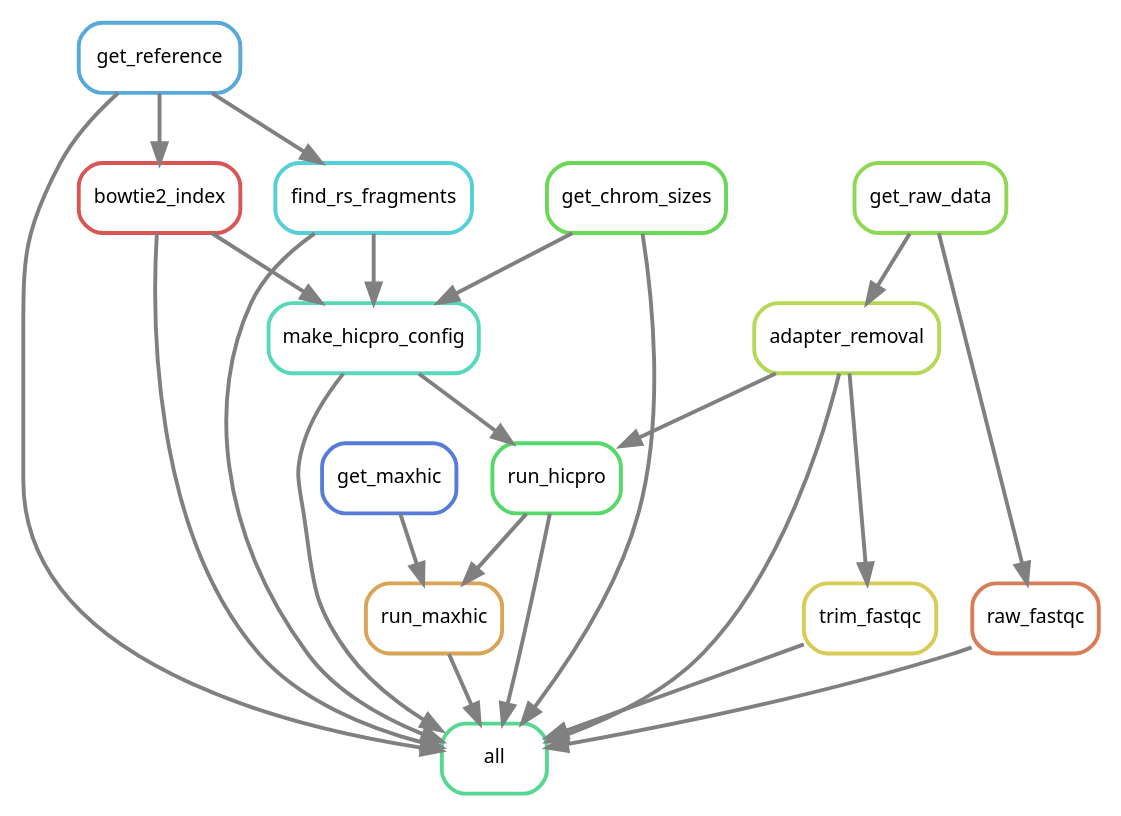
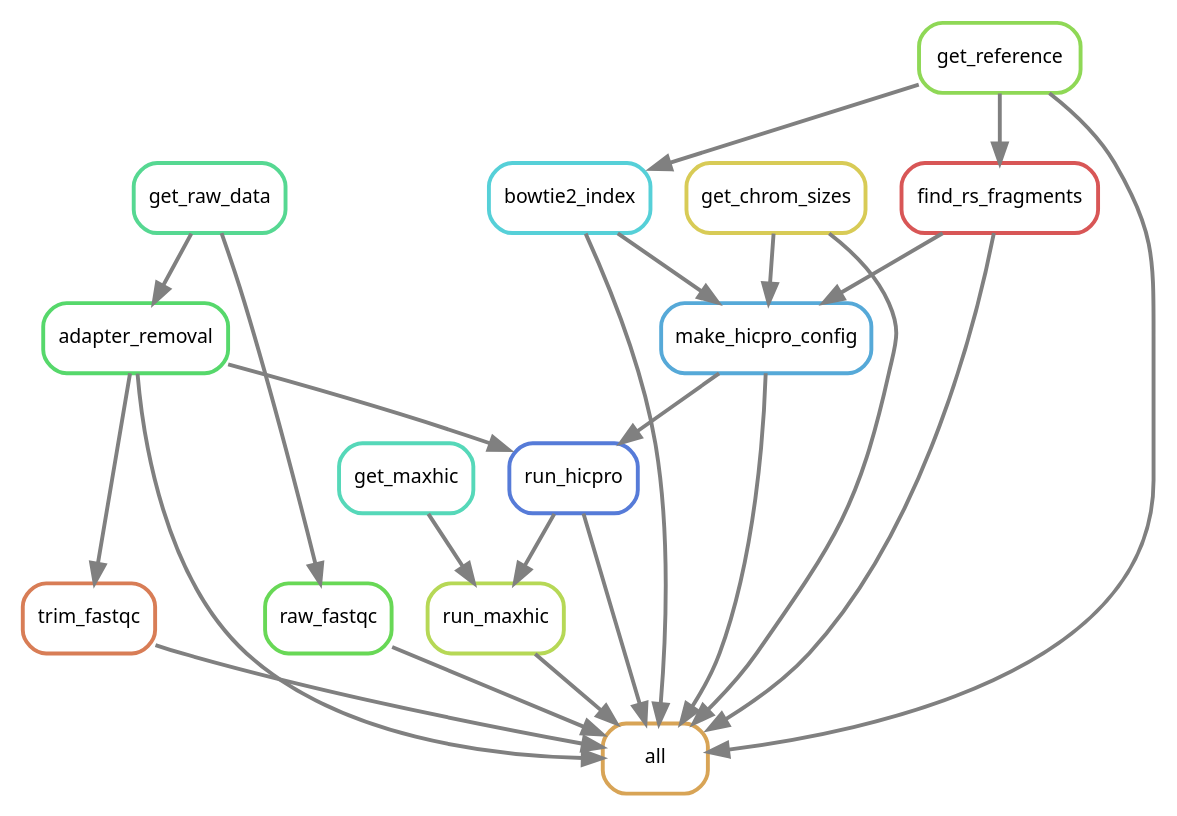
The diagram in output/rulegraph.dot (DRMCRL/ENCODE_T47D_HiC_ENCSR549MGQ), drawn with Graphviz before and after one commit. The commit also changed 2 other files, not shown here.

```diff
--- a/output/rulegraph.dot
+++ b/output/rulegraph.dot
@@ -1,40 +1,40 @@
 digraph snakemake_dag {
     graph[bgcolor=white, margin=0];
     node[shape=box, style=rounded, fontname=sans,                 fontsize=10, penwidth=2];
     edge[penwidth=2, color=grey];
-	0[label = "all", color = "0.41 0.6 0.85", style="rounded"];
-	1[label = "adapter_removal", color = "0.21 0.6 0.85", style="rounded"];
-	2[label = "raw_fastqc", color = "0.05 0.6 0.85", style="rounded"];
-	3[label = "bowtie2_index", color = "0.00 0.6 0.85", style="rounded"];
-	4[label = "run_hicpro", color = "0.36 0.6 0.85", style="rounded"];
-	5[label = "make_hicpro_config", color = "0.46 0.6 0.85", style="rounded"];
-	6[label = "trim_fastqc", color = "0.15 0.6 0.85", style="rounded"];
-	7[label = "find_rs_fragments", color = "0.51 0.6 0.85", style="rounded"];
-	8[label = "run_maxhic", color = "0.10 0.6 0.85", style="rounded"];
-	9[label = "get_reference", color = "0.56 0.6 0.85", style="rounded"];
-	10[label = "get_chrom_sizes", color = "0.31 0.6 0.85", style="rounded"];
-	11[label = "get_raw_data", color = "0.26 0.6 0.85", style="rounded"];
-	12[label = "get_maxhic", color = "0.62 0.6 0.85", style="rounded"];
-	3 -> 0
-	2 -> 0
+	0[label = "all", color = "0.10 0.6 0.85", style="rounded"];
+	1[label = "run_hicpro", color = "0.62 0.6 0.85", style="rounded"];
+	2[label = "bowtie2_index", color = "0.51 0.6 0.85", style="rounded"];
+	3[label = "raw_fastqc", color = "0.31 0.6 0.85", style="rounded"];
+	4[label = "adapter_removal", color = "0.36 0.6 0.85", style="rounded"];
+	5[label = "trim_fastqc", color = "0.05 0.6 0.85", style="rounded"];
+	6[label = "run_maxhic", color = "0.21 0.6 0.85", style="rounded"];
+	7[label = "get_chrom_sizes", color = "0.15 0.6 0.85", style="rounded"];
+	8[label = "find_rs_fragments", color = "0.00 0.6 0.85", style="rounded"];
+	9[label = "get_reference", color = "0.26 0.6 0.85", style="rounded"];
+	10[label = "make_hicpro_config", color = "0.56 0.6 0.85", style="rounded"];
+	11[label = "get_raw_data", color = "0.41 0.6 0.85", style="rounded"];
+	12[label = "get_maxhic", color = "0.46 0.6 0.85", style="rounded"];
 	8 -> 0
-	4 -> 0
-	1 -> 0
-	6 -> 0
-	10 -> 0
 	5 -> 0
 	7 -> 0
+	6 -> 0
 	9 -> 0
-	11 -> 1
-	11 -> 2
-	9 -> 3
-	5 -> 4
-	1 -> 4
-	7 -> 5
-	3 -> 5
-	10 -> 5
+	3 -> 0
+	4 -> 0
+	2 -> 0
+	10 -> 0
+	1 -> 0
+	4 -> 1
+	10 -> 1
+	9 -> 2
+	11 -> 3
+	11 -> 4
+	4 -> 5
 	1 -> 6
-	9 -> 7
-	4 -> 8
-	12 -> 8
+	12 -> 6
+	9 -> 8
+	8 -> 10
+	7 -> 10
+	2 -> 10
 }            
```
